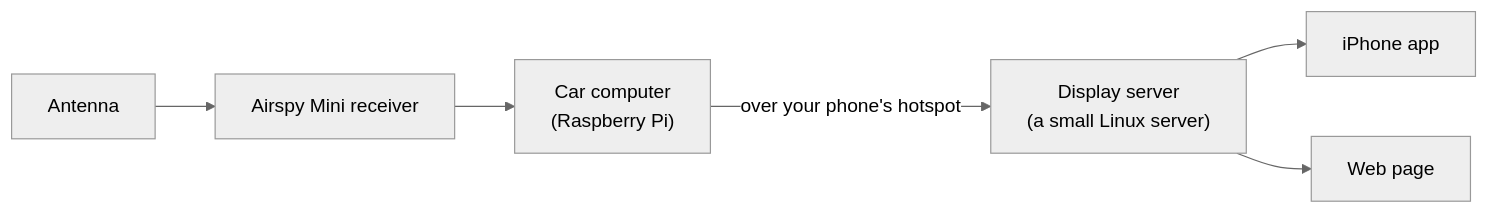
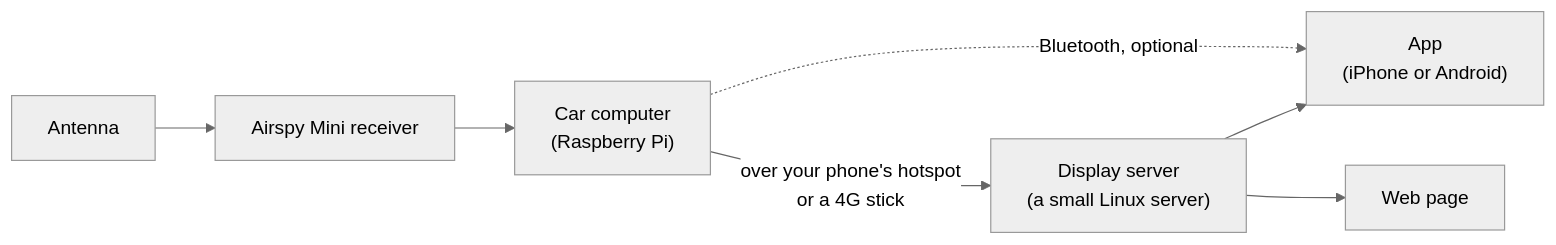
Before and after one commit to efeorman/Slot17: the diagram in README.md, drawn with Mermaid (neutral theme). The commit also changed other lines of this file and 31 other files, not shown here.

````diff
--- a/README.md
+++ b/README.md
@@ -49,8 +49,9 @@
 ```mermaid
 flowchart LR
     A[Antenna] --> B[Airspy Mini receiver]
     B --> C["Car computer<br/>(Raspberry Pi)"]
-    C -- "over your phone's hotspot" --> D["Display server<br/>(a small Linux server)"]
-    D --> E[iPhone app]
+    C -- "over your phone's hotspot<br/>or a 4G stick" --> D["Display server<br/>(a small Linux server)"]
+    D --> E["App<br/>(iPhone or Android)"]
     D --> F[Web page]
+    C -.->|Bluetooth, optional| E
 ```
````
